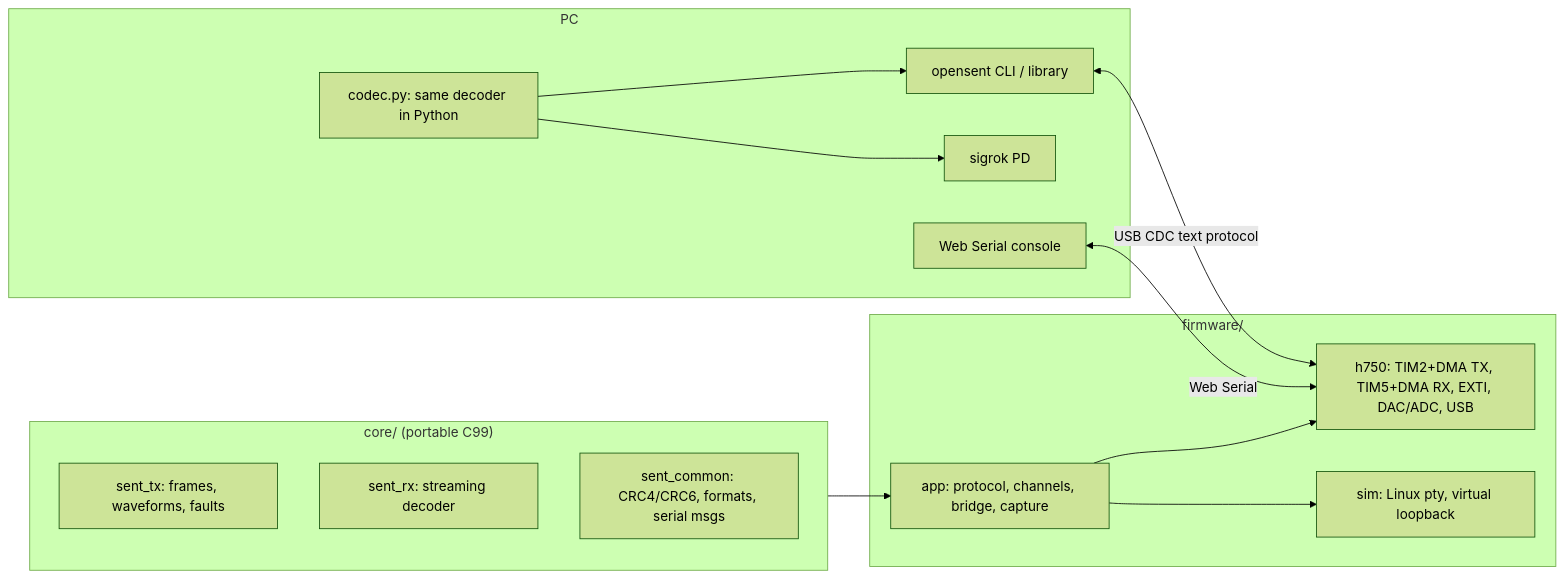
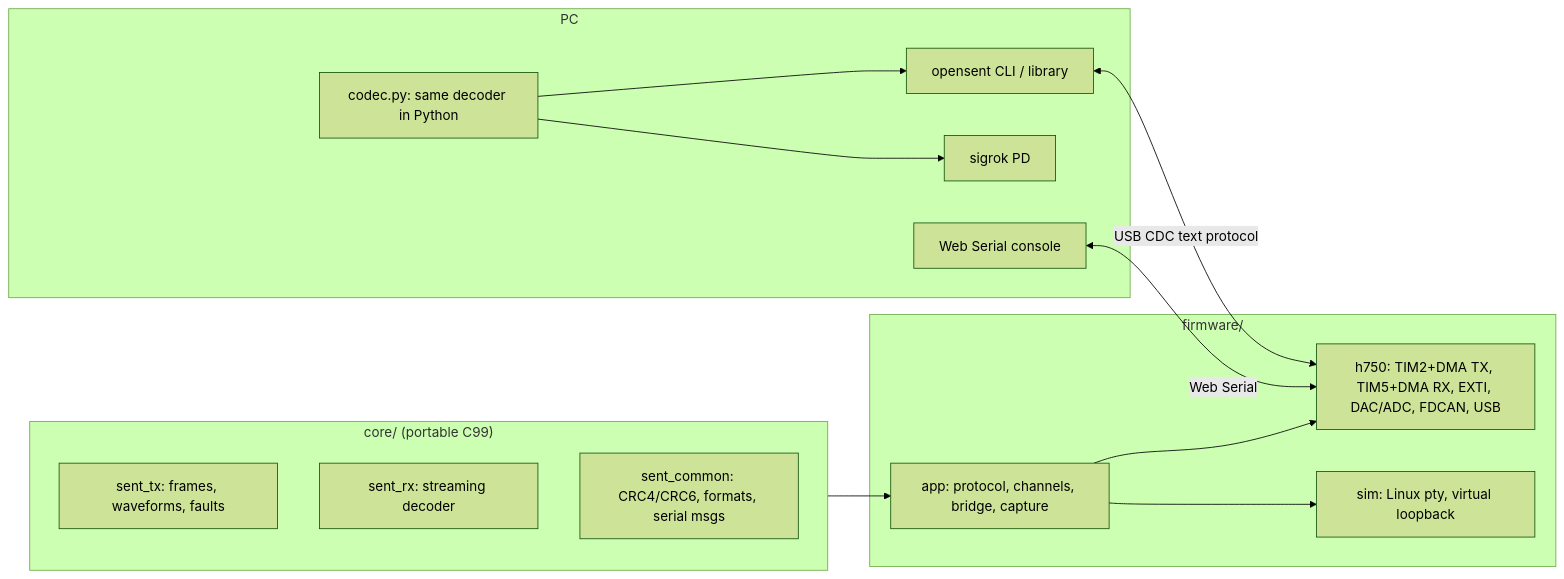
One commit to gabrielfontini/opensent changed the diagram in README.md. Above: the diagram before and after it, drawn with Mermaid (forest theme). The commit also changed other lines of this file and 8 other files, not shown here.

````diff
--- a/README.md
+++ b/README.md
@@ -121,25 +132,25 @@
 ```mermaid
 flowchart LR
   subgraph core["core/ (portable C99)"]
     TXC[sent_tx: frames, waveforms, faults]
     RXC[sent_rx: streaming decoder]
     SC[sent_common: CRC4/CRC6, formats, serial msgs]
   end
   subgraph fw["firmware/"]
     APP[app: protocol, channels, bridge, capture]
-    H7[h750: TIM2+DMA TX, TIM5+DMA RX, EXTI, DAC/ADC, USB]
+    H7[h750: TIM2+DMA TX, TIM5+DMA RX, EXTI, DAC/ADC, FDCAN, USB]
     SIM[sim: Linux pty, virtual loopback]
   end
   subgraph host["PC"]
     PY[opensent CLI / library]
     COD[codec.py: same decoder in Python]
     PD[sigrok PD]
     WEB[Web Serial console]
   end
   core --> APP --> H7
   APP --> SIM
   PY <-->|USB CDC text protocol| H7
   WEB <-->|Web Serial| H7
   COD --> PY
   COD --> PD
 ```
````
